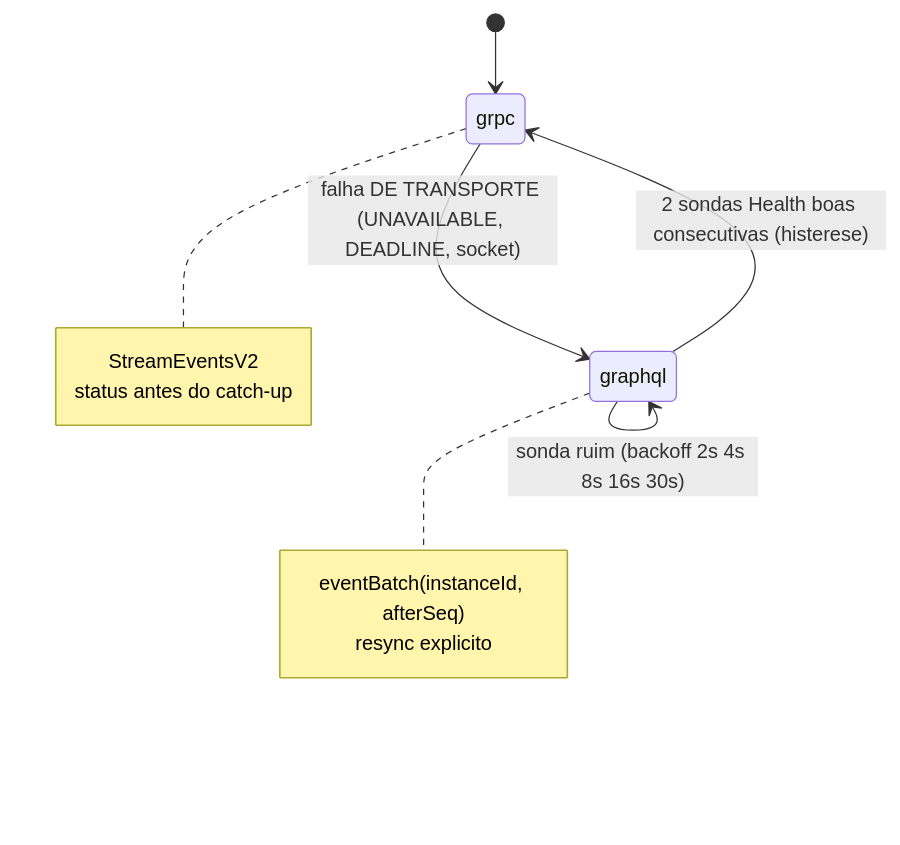
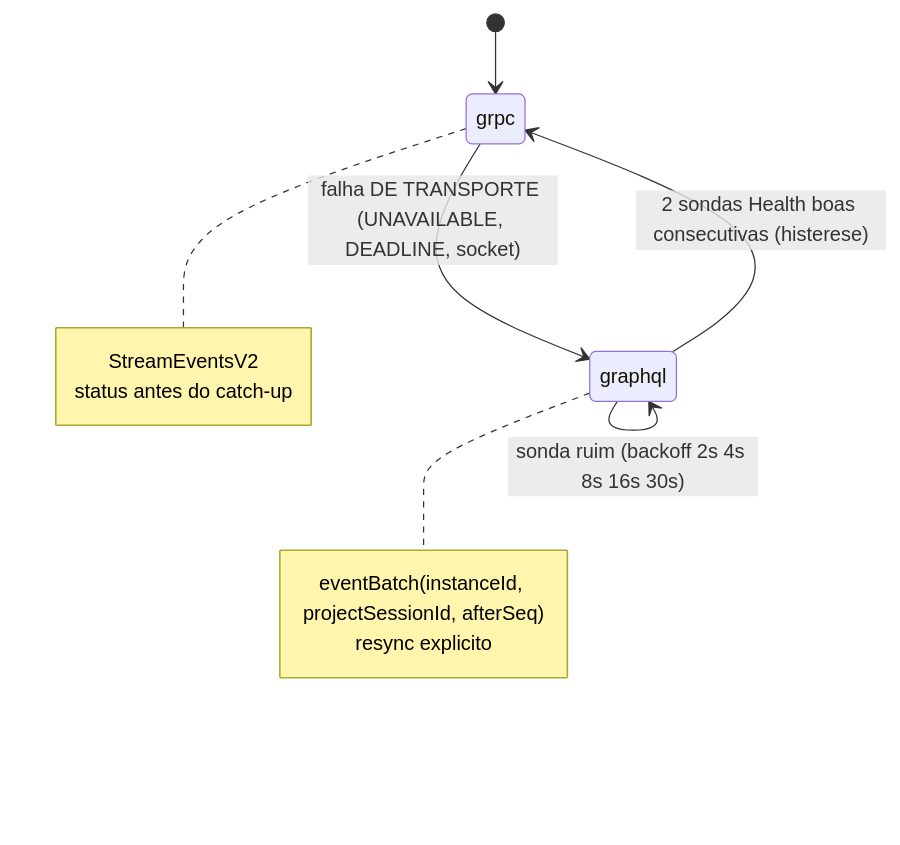
One commit to flaviotinococoutinho/Gridsmith changed the sixth of 6 diagrams in docs/ARCHITECTURE.md. Above: the diagram before and after it, drawn with Mermaid. The commit also changed other lines of this file and 68 other files, not shown here.

````diff
--- a/docs/ARCHITECTURE.md
+++ b/docs/ARCHITECTURE.md
@@ -214,15 +219,15 @@
 ```mermaid
 stateDiagram-v2
   [*] --> grpc
   grpc --> graphql : falha DE TRANSPORTE (UNAVAILABLE, DEADLINE, socket)
   graphql --> graphql : sonda ruim (backoff 2s 4s 8s 16s 30s)
   graphql --> grpc : 2 sondas Health boas consecutivas (histerese)
   note right of graphql
-    eventBatch(instanceId, afterSeq)
+    eventBatch(instanceId, projectSessionId, afterSeq)
     resync explicito
   end note
   note right of grpc
     StreamEventsV2
     status antes do catch-up
   end note
 ```
````
